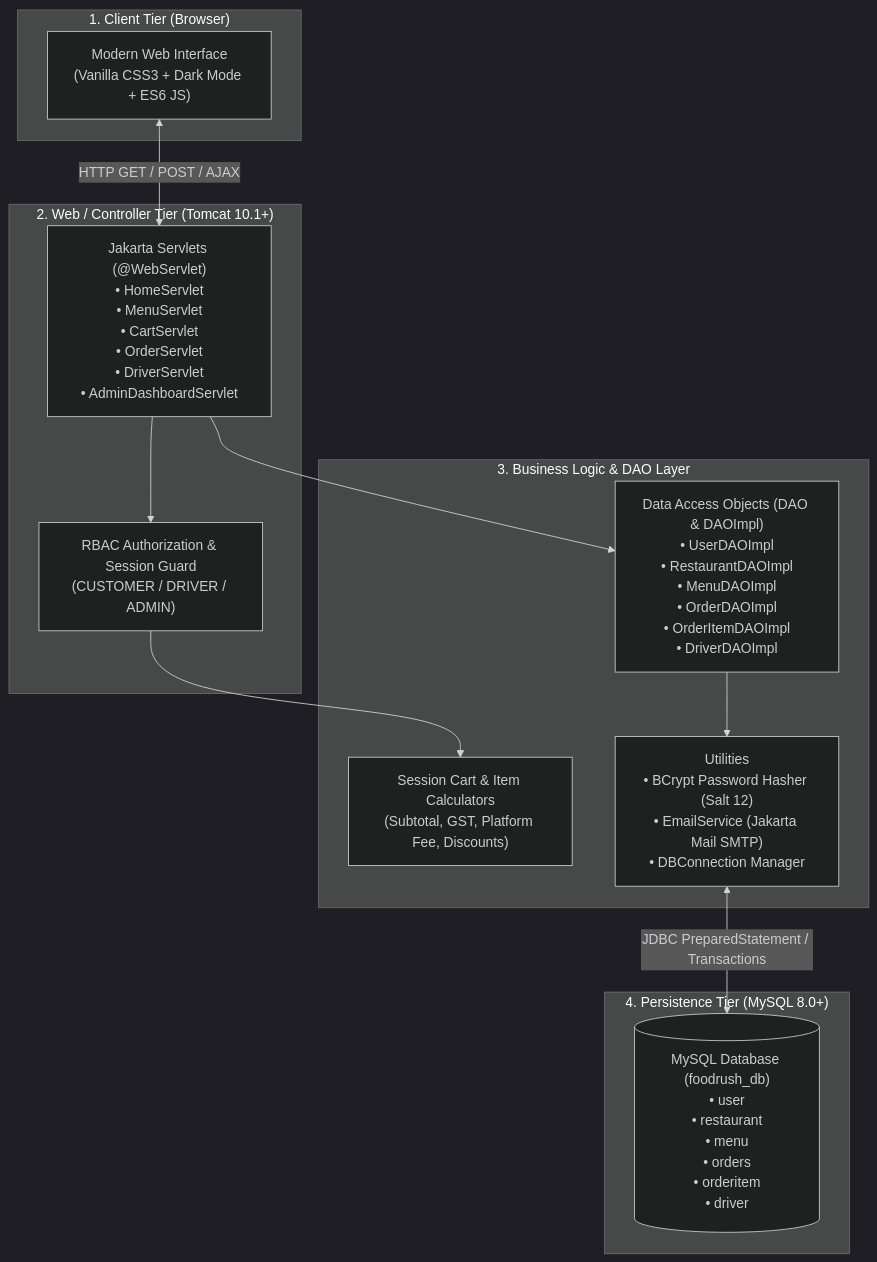
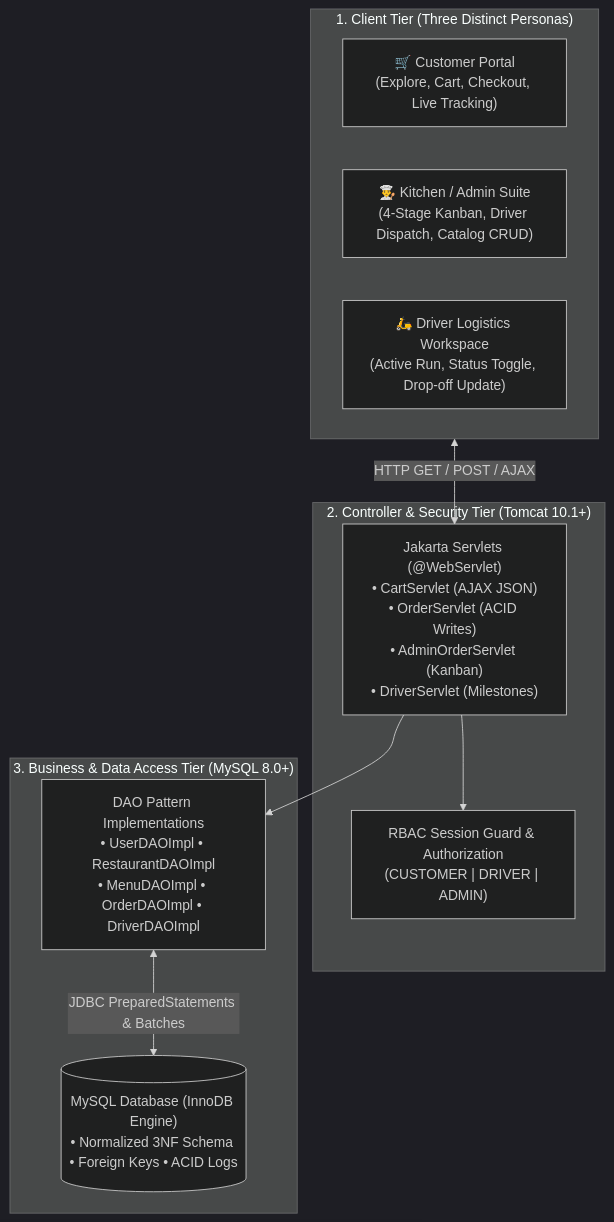
One commit to Lokesh-0009/FoodRush changed the first of 3 diagrams in presentation.md. Above: the diagram before and after it, drawn with Mermaid (dark theme). The commit also changed other lines of this file and 20 other files, not shown here.

Commit message:
Fix CartItem getPrice resolution, add error pages, and update admin & order flows

````diff
--- a/presentation.md
+++ b/presentation.md
@@ -52,28 +82,23 @@
 ```mermaid
 flowchart TD
-    subgraph ClientLayer ["1. Client Tier (Browser)"]
-        UI["Modern Web Interface\n(Vanilla CSS3 + Dark Mode + ES6 JS)"]
+    subgraph Clients ["1. Client Tier (Three Distinct Personas)"]
+        Customer["🛒 Customer Portal\n(Explore, Cart, Checkout, Live Tracking)"]
+        Admin["👨‍🍳 Kitchen / Admin Suite\n(4-Stage Kanban, Driver Dispatch, Catalog CRUD)"]
+        Driver["🛵 Driver Logistics Workspace\n(Active Run, Status Toggle, Drop-off Update)"]
     end
 
-    subgraph ControllerLayer ["2. Web / Controller Tier (Tomcat 10.1+)"]
-        Router["Jakarta Servlets (@WebServlet)\n• HomeServlet\n• MenuServlet\n• CartServlet\n• OrderServlet\n• DriverServlet\n• AdminDashboardServlet"]
-        AuthFilter["RBAC Authorization & Session Guard\n(CUSTOMER / DRIVER / ADMIN)"]
+    subgraph WebLayer ["2. Controller & Security Tier (Tomcat 10.1+)"]
+        AuthFilter["RBAC Session Guard & Authorization\n(CUSTOMER | DRIVER | ADMIN)"]
+        Servlets["Jakarta Servlets (@WebServlet)\n• CartServlet (AJAX JSON)\n• OrderServlet (ACID Writes)\n• AdminOrderServlet (Kanban)\n• DriverServlet (Milestones)"]
     end
 
-    subgraph ServiceDAOLayer ["3. Business Logic & DAO Layer"]
-        CartModel["Session Cart & Item Calculators\n(Subtotal, GST, Platform Fee, Discounts)"]
-        DAO["Data Access Objects (DAO & DAOImpl)\n• UserDAOImpl\n• RestaurantDAOImpl\n• MenuDAOImpl\n• OrderDAOImpl\n• OrderItemDAOImpl\n• DriverDAOImpl"]
-        SecurityUtil["Utilities\n• BCrypt Password Hasher (Salt 12)\n• EmailService (Jakarta Mail SMTP)\n• DBConnection Manager"]
+    subgraph PersistenceLayer ["3. Business & Data Access Tier (MySQL 8.0+)"]
+        DAOs["DAO Pattern Implementations\n• UserDAOImpl • RestaurantDAOImpl\n• MenuDAOImpl • OrderDAOImpl • DriverDAOImpl"]
+        DB[("MySQL Database (InnoDB Engine)\n• Normalized 3NF Schema • Foreign Keys • ACID Logs")]
     end
 
-    subgraph DatabaseLayer ["4. Persistence Tier (MySQL 8.0+)"]
-        DB[("MySQL Database (foodrush_db)\n• user\n• restaurant\n• menu\n• orders\n• orderitem\n• driver")]
-    end
-
-    UI <-->|HTTP GET / POST / AJAX| Router
-    Router --> AuthFilter
-    AuthFilter --> CartModel
-    Router --> DAO
-    DAO --> SecurityUtil
-    SecurityUtil <-->|JDBC PreparedStatement / Transactions| DB
+    Clients <-->|HTTP GET / POST / AJAX| Servlets
+    Servlets --> AuthFilter
+    Servlets --> DAOs
+    DAOs <-->|JDBC PreparedStatements & Batches| DB
 ```
````
